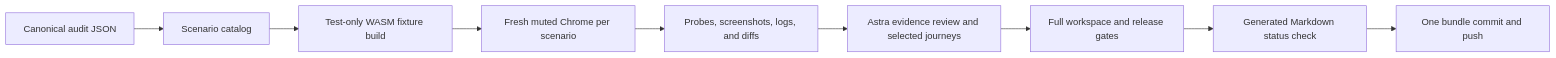
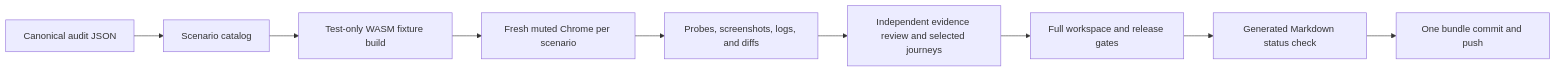
One commit to tdimino/open-rebellion changed the diagram in docs/plans/2026-09-11-tooling-interface-parity-acceleration-sidecar.md. Above: the diagram before and after it, drawn with Mermaid. The commit also changed other lines of this file and 49 other files, not shown here.

````diff
--- a/docs/plans/2026-09-11-tooling-interface-parity-acceleration-sidecar.md
+++ b/docs/plans/2026-09-11-tooling-interface-parity-acceleration-sidecar.md
@@ -60,11 +61,11 @@
 ```mermaid
 flowchart LR
     A[Canonical audit JSON] --> B[Scenario catalog]
     B --> C[Test-only WASM fixture build]
     C --> D[Fresh muted Chrome per scenario]
     D --> E[Probes, screenshots, logs, and diffs]
-    E --> F[Astra evidence review and selected journeys]
+    E --> F[Independent evidence review and selected journeys]
     F --> G[Full workspace and release gates]
     G --> H[Generated Markdown status check]
     H --> I[One bundle commit and push]
 ```
````
